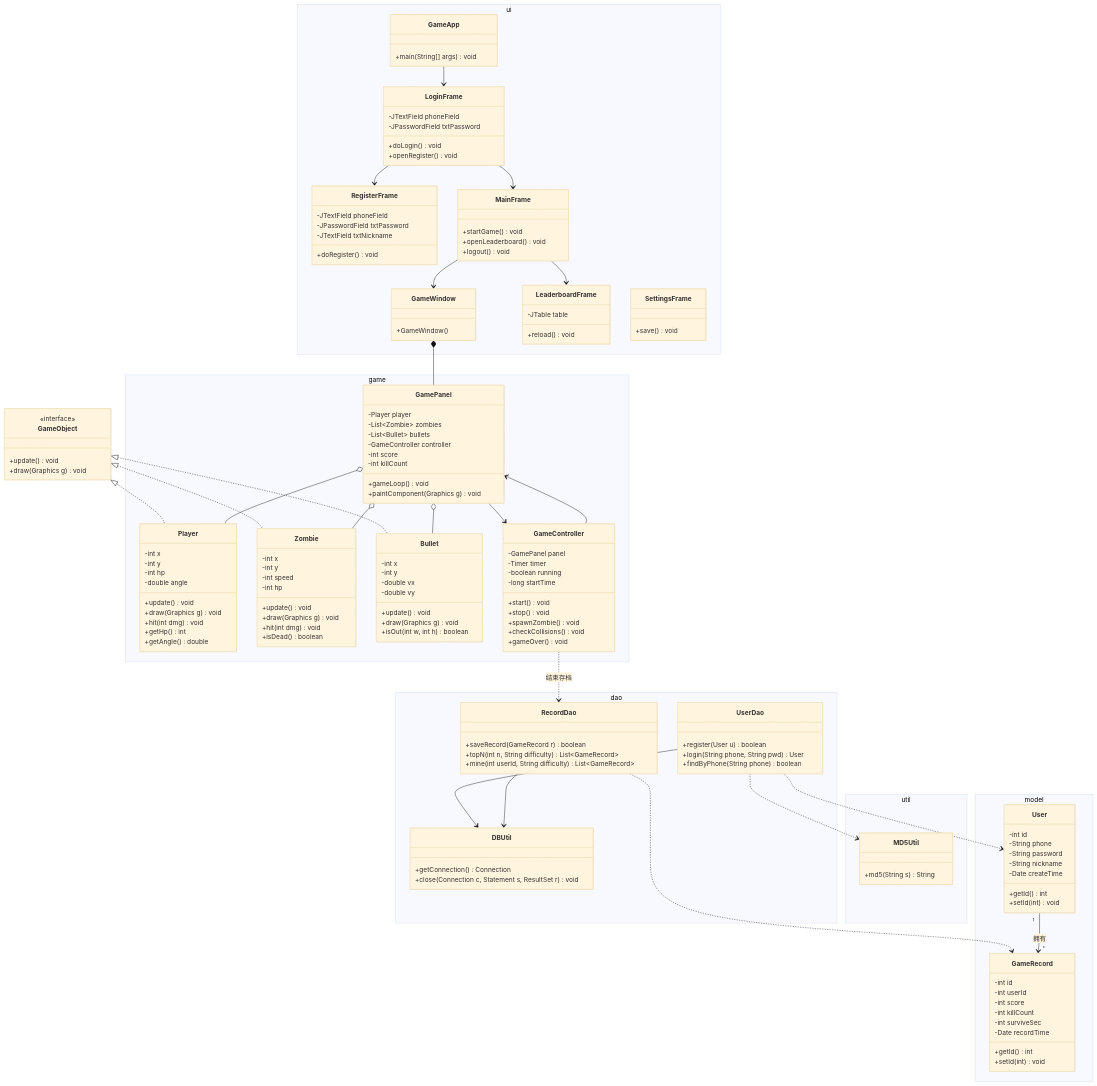
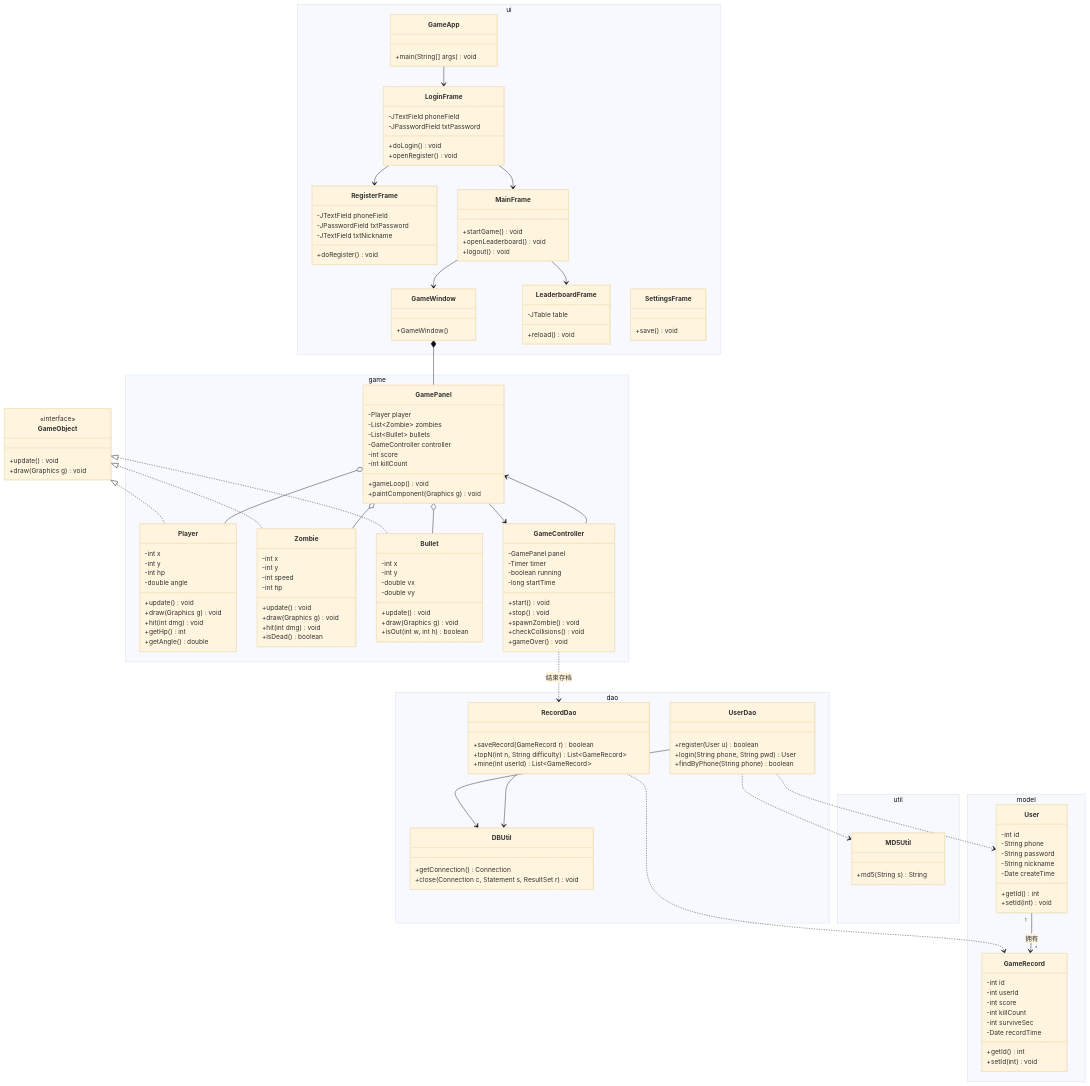
Before and after one commit to learnerCodeZ/javagame-zombie-shooter: the second of 12 diagrams in docs/详细设计说明书.md, drawn with Mermaid (base theme). The commit also changed other lines of this file and 10 other files, not shown here.

Commit message:
我的记录改为全部战绩+难度列(按时间倒序): RecordDao.mine/LeaderboardFrame/TestDao + 文档/复盘同步

```diff
--- a/docs/详细设计说明书.md
+++ b/docs/详细设计说明书.md
@@ -212,7 +212,7 @@
         class RecordDao {
             +saveRecord(GameRecord r) boolean
             +topN(int n, String difficulty) List~GameRecord~
-            +mine(int userId, String difficulty) List~GameRecord~
+            +mine(int userId) List~GameRecord~
         }
     }
 
```
